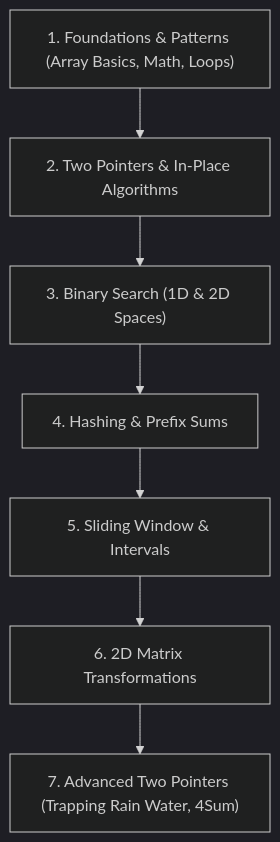
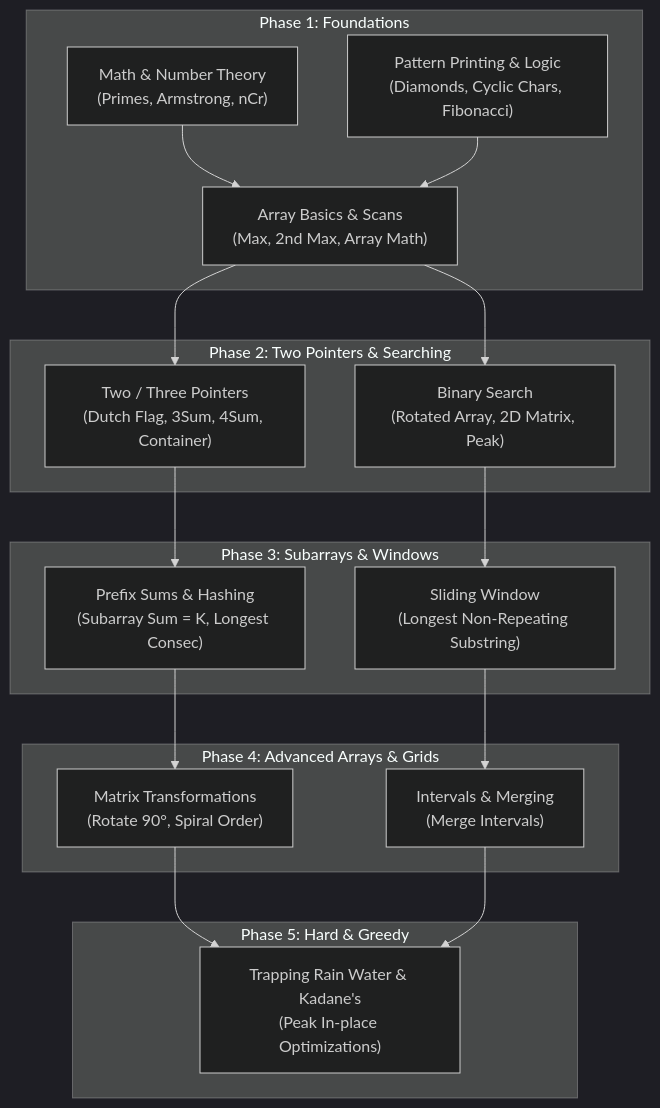
Before and after one commit to vikram583135/dsa: the diagram in README.md, drawn with Mermaid (dark theme). The commit also changed other lines of this file, not shown here.

Commit message:
Enhance README.md with interactive checklists, collapsible hints, badges, and roadmap

````diff
--- a/README.md
+++ b/README.md
@@ -147,9 +40,38 @@
 ```mermaid
 flowchart TD
-    A["1. Foundations & Patterns (Array Basics, Math, Loops)"] --> B["2. Two Pointers & In-Place Algorithms"]
-    B --> C["3. Binary Search (1D & 2D Spaces)"]
-    C --> D["4. Hashing & Prefix Sums"]
-    D --> E["5. Sliding Window & Intervals"]
-    E --> F["6. 2D Matrix Transformations"]
-    F --> G["7. Advanced Two Pointers (Trapping Rain Water, 4Sum)"]
+    subgraph S1["Phase 1: Foundations"]
+        A["Math & Number Theory<br/>(Primes, Armstrong, nCr)"]
+        B["Pattern Printing & Logic<br/>(Diamonds, Cyclic Chars, Fibonacci)"]
+        C["Array Basics & Scans<br/>(Max, 2nd Max, Array Math)"]
+    end
+
+    subgraph S2["Phase 2: Two Pointers & Searching"]
+        D["Two / Three Pointers<br/>(Dutch Flag, 3Sum, 4Sum, Container)"]
+        E["Binary Search<br/>(Rotated Array, 2D Matrix, Peak)"]
+    end
+
+    subgraph S3["Phase 3: Subarrays & Windows"]
+        F["Prefix Sums & Hashing<br/>(Subarray Sum = K, Longest Consec)"]
+        G["Sliding Window<br/>(Longest Non-Repeating Substring)"]
+    end
+
+    subgraph S4["Phase 4: Advanced Arrays & Grids"]
+        H["Matrix Transformations<br/>(Rotate 90°, Spiral Order)"]
+        I["Intervals & Merging<br/>(Merge Intervals)"]
+    end
+
+    subgraph S5["Phase 5: Hard & Greedy"]
+        J["Trapping Rain Water & Kadane's<br/>(Peak In-place Optimizations)"]
+    end
+
+    A --> C
+    B --> C
+    C --> D
+    C --> E
+    D --> F
+    E --> G
+    F --> H
+    G --> I
+    H --> J
+    I --> J
 ```
````
